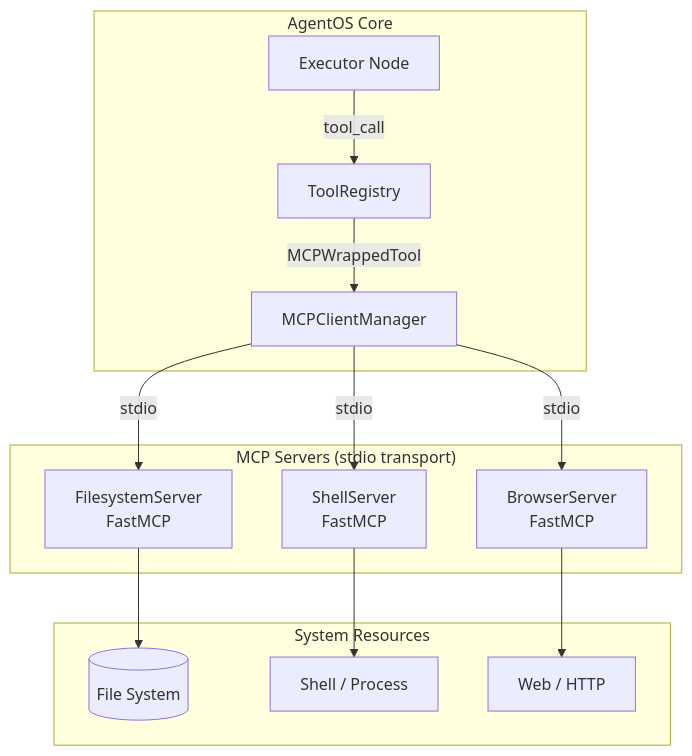
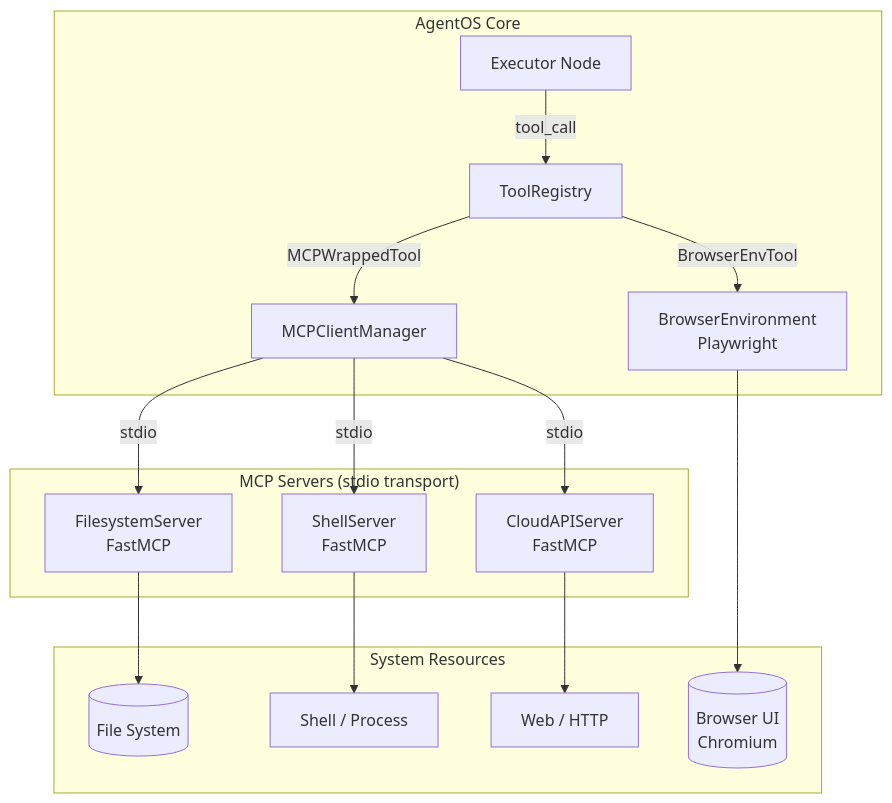
Before and after one commit to chandankumar123456/Agent-OS: the fourth of 9 diagrams in README.md, drawn with Mermaid. The commit also changed other lines of this file and 1 other file, not shown here.

Commit message:
docs: update README with Playwright/Chromium and browser runtime spec

````diff
--- a/README.md
+++ b/README.md
@@ -221,29 +221,33 @@
 ```mermaid
 graph TB
     subgraph "AgentOS Core"
         EX[Executor Node]
         TREG[ToolRegistry]
         MCP_MGR[MCPClientManager]
+        BENV[BrowserEnvironment<br/>Playwright]
     end
 
     subgraph "MCP Servers (stdio transport)"
         FS[FilesystemServer<br/>FastMCP]
         SH[ShellServer<br/>FastMCP]
-        BR[BrowserServer<br/>FastMCP]
+        CA[CloudAPIServer<br/>FastMCP]
     end
 
     subgraph "System Resources"
         DISK[(File System)]
         SHELL[Shell / Process]
         WEB[Web / HTTP]
+        BROWSER[(Browser UI<br/>Chromium)]
     end
 
     EX -->|tool_call| TREG
     TREG -->|MCPWrappedTool| MCP_MGR
+    TREG -->|BrowserEnvTool| BENV
     MCP_MGR -->|stdio| FS
     MCP_MGR -->|stdio| SH
-    MCP_MGR -->|stdio| BR
+    MCP_MGR -->|stdio| CA
     FS --> DISK
     SH --> SHELL
-    BR --> WEB
+    CA --> WEB
+    BENV --> BROWSER
 ```
````
